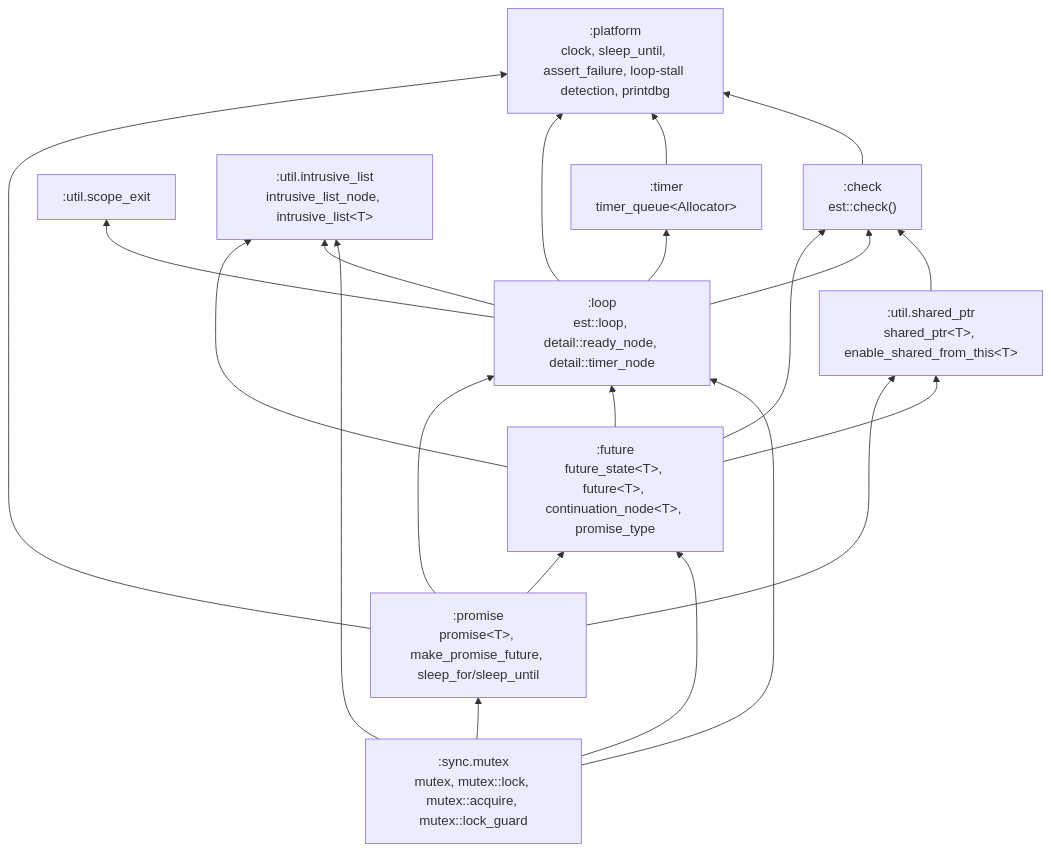
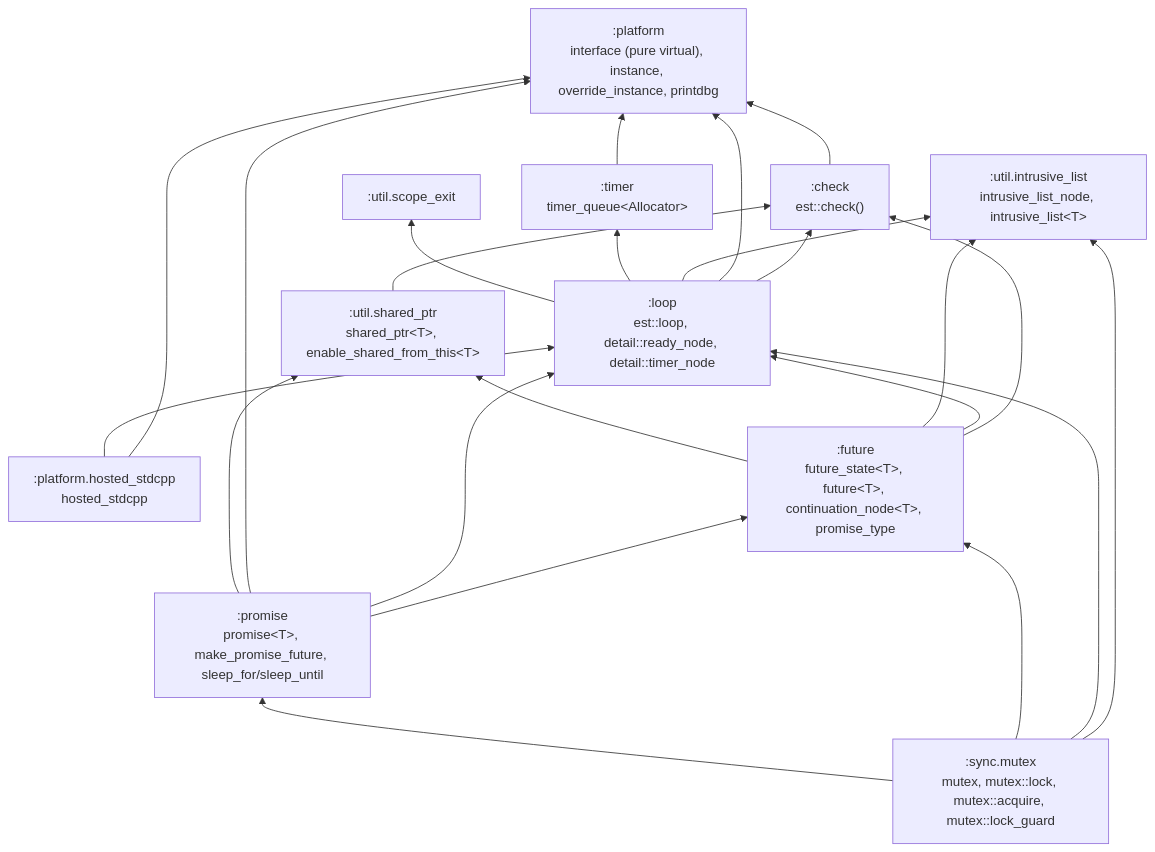
Before and after one commit to andijcr/async_experiments: the diagram in docs/wiki/Architecture.md, drawn with Mermaid. The commit also changed other lines of this file and 11 other files, not shown here.

````diff
--- a/docs/wiki/Architecture.md
+++ b/docs/wiki/Architecture.md
@@ -10,34 +10,37 @@
 ```mermaid
 graph BT
-  platform[":platform<br/>clock, sleep_until, assert_failure, loop-stall detection, printdbg"]
+  platform[":platform<br/>interface (pure virtual), instance, override_instance, printdbg"]
+  hosted_stdcpp[":platform.hosted_stdcpp<br/>hosted_stdcpp"]
   check[":check<br/>est::check()"]
   scope_exit[":util.scope_exit"]
   shared_ptr[":util.shared_ptr<br/>shared_ptr&lt;T&gt;, enable_shared_from_this&lt;T&gt;"]
   intrusive_list[":util.intrusive_list<br/>intrusive_list_node, intrusive_list&lt;T&gt;"]
   mutex[":sync.mutex<br/>mutex, mutex::lock, mutex::acquire, mutex::lock_guard"]
   timer[":timer<br/>timer_queue&lt;Allocator&gt;"]
   loop[":loop<br/>est::loop, detail::ready_node, detail::timer_node"]
   future[":future<br/>future_state&lt;T&gt;, future&lt;T&gt;, continuation_node&lt;T&gt;, promise_type"]
   promise[":promise<br/>promise&lt;T&gt;, make_promise_future, sleep_for/sleep_until"]
 
   check --> platform
   shared_ptr --> check
   mutex --> intrusive_list
   mutex --> loop
   mutex --> future
   mutex --> promise
   timer --> platform
   loop --> check
   loop --> platform
   loop --> intrusive_list
   loop --> timer
   loop --> scope_exit
   future --> check
   future --> loop
   future --> intrusive_list
   future --> shared_ptr
   promise --> future
   promise --> loop
   promise --> platform
   promise --> shared_ptr
+  hosted_stdcpp --> platform
+  hosted_stdcpp --> loop
 ```
````
